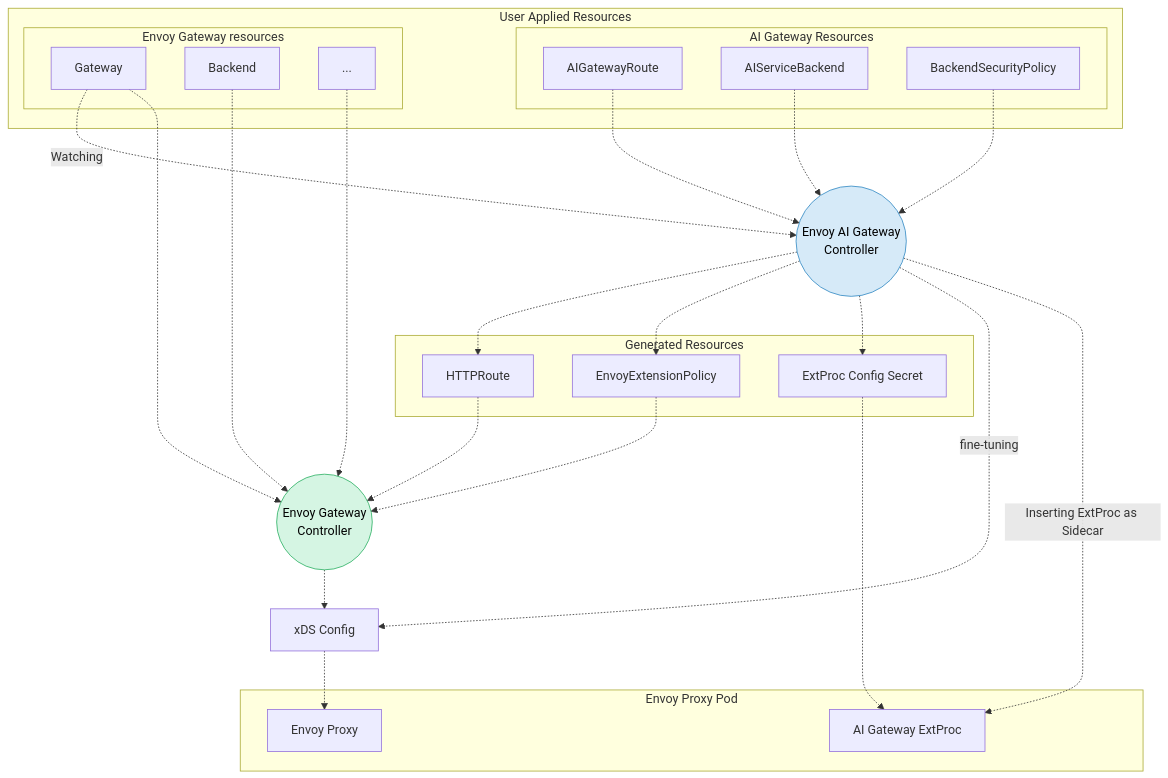
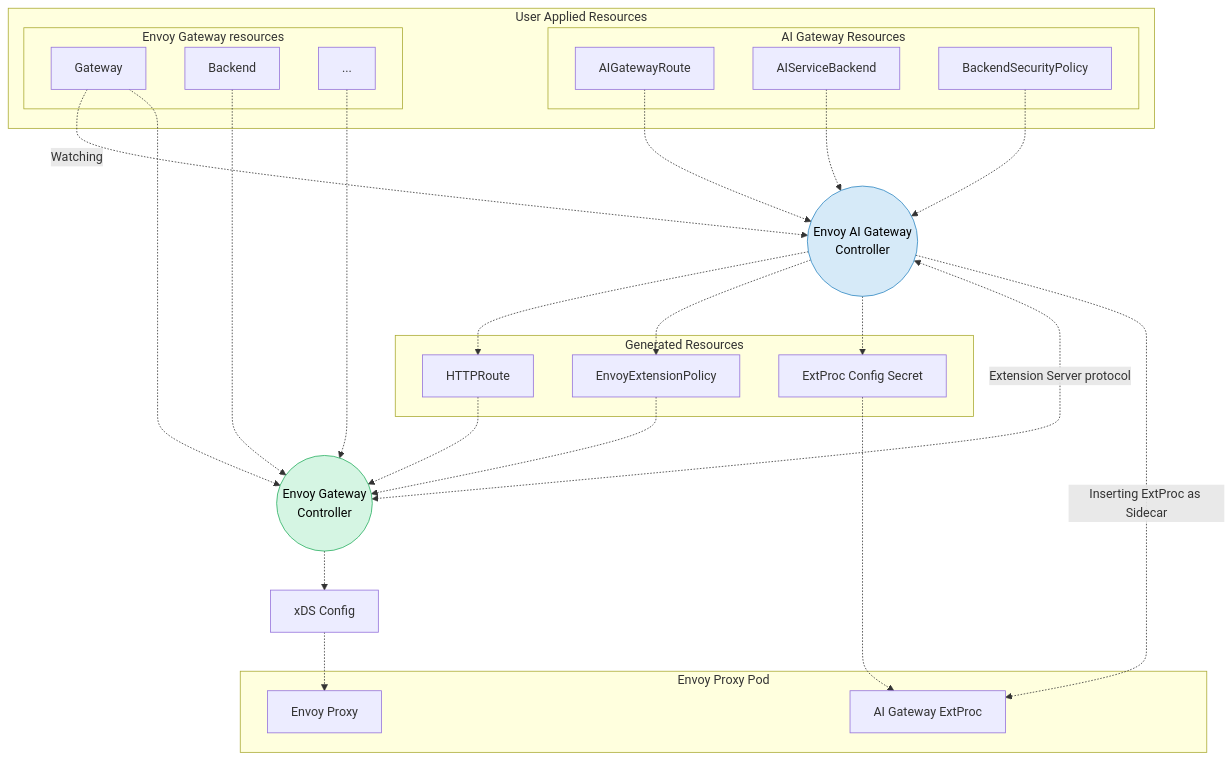
The diagram in site/docs/concepts/architecture/control-plane.md (envoyproxy/ai-gateway), drawn with Mermaid before and after one commit. The commit also changed other lines of this file, not shown here.

````diff
--- a/site/docs/concepts/architecture/control-plane.md
+++ b/site/docs/concepts/architecture/control-plane.md
@@ -11,55 +11,55 @@
 ```mermaid
 graph TB
     classDef aiGatewayStyle fill:#D6EAF8,stroke:#2E86C1,color:#000
     classDef envoyGatewayStyle fill:#D5F5E3,stroke:#27AE60,color:#000
 
     subgraph "User Applied Resources"
             subgraph "AI Gateway Resources"
                 AIGatewayRoute
                 AIServiceBackend
                 BackendSecurityPolicy
             end
             subgraph "Envoy Gateway resources"
                 Gateway
                 Backend
                 EGDots[...]
             end
         end
         AIGateway((Envoy AI Gateway
                         Controller)):::aiGatewayStyle
         EnvoyGateway((Envoy Gateway
                         Controller)):::envoyGatewayStyle
         subgraph "Generated Resources"
             HTTPRoute
             EnvoyExtensionPolicy
             ExtProcConfigSecret[ExtProc Config Secret]
         end
 
         subgraph Envoy Proxy Pod
             EnvoyProxy[Envoy Proxy]
             AIExtProc[AI Gateway ExtProc]
         end
         xDS[xDS Config]
 
 
     AIGatewayRoute -.->AIGateway
     AIServiceBackend -.->AIGateway
     BackendSecurityPolicy -.->AIGateway
     Gateway -.->|Watching|AIGateway
 
     Gateway -.->EnvoyGateway
     Backend -.->EnvoyGateway
     EGDots -.->EnvoyGateway
 
     AIGateway -.->HTTPRoute
     AIGateway -.->EnvoyExtensionPolicy
     AIGateway -.->ExtProcConfigSecret
     HTTPRoute -.->EnvoyGateway
     EnvoyExtensionPolicy -.->EnvoyGateway
     ExtProcConfigSecret -.->AIExtProc
 
     EnvoyGateway -.->xDS
-    AIGateway -.->|fine-tuning|xDS
+    AIGateway <-.->|Extension Server protocol|EnvoyGateway
     xDS -.->EnvoyProxy
     AIGateway -.->|Inserting ExtProc as Sidecar|AIExtProc
 ```
````
